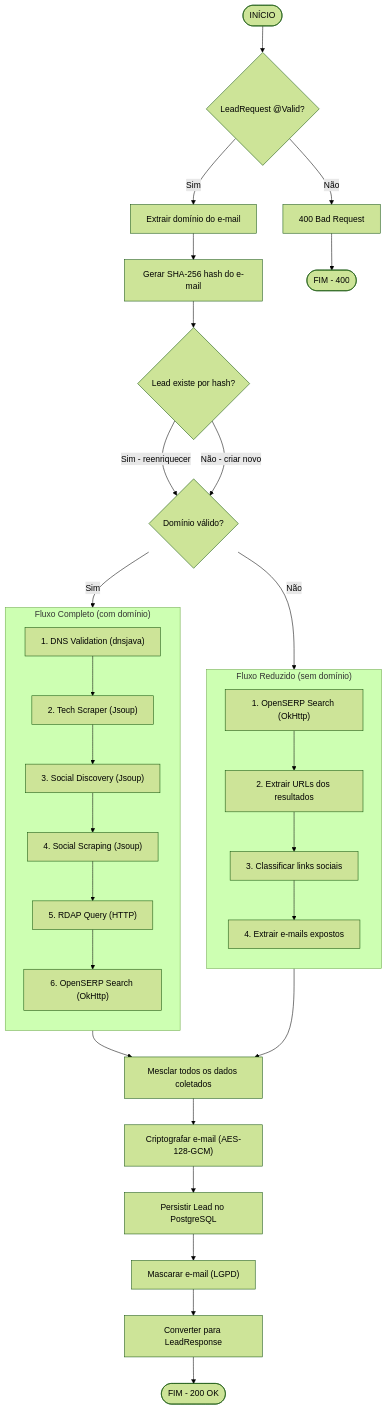
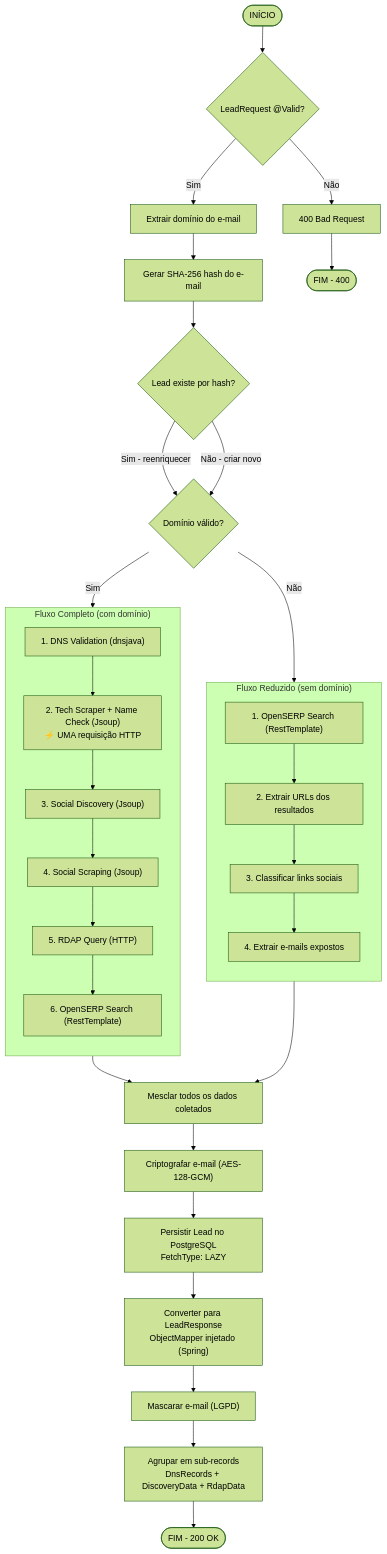
One commit to pdrodavi/lead-enrichment-api changed the second of 4 diagrams in docs/diagrams/mermaid-fluxo-enriquecimento.md. Above: the diagram before and after it, drawn with Mermaid (forest theme). The commit also changed other lines of this file and 32 other files, not shown here.

````diff
--- a/docs/diagrams/mermaid-fluxo-enriquecimento.md
+++ b/docs/diagrams/mermaid-fluxo-enriquecimento.md
@@ -30,42 +30,43 @@
 ```mermaid
 flowchart TD
     START(["INÍCIO"]) --> VALIDATE{"LeadRequest @Valid?"}
     VALIDATE -->|"Não"| BAD_REQUEST["400 Bad Request"]
     VALIDATE -->|"Sim"| EXTRACT_DOMAIN["Extrair domínio do e-mail"]
     
     EXTRACT_DOMAIN --> HASH_EMAIL["Gerar SHA-256 hash do e-mail"]
     HASH_EMAIL --> FIND_EXISTING{"Lead existe por hash?"}
     FIND_EXISTING -->|"Sim - reenriquecer"| DOMAIN_CHECK
     FIND_EXISTING -->|"Não - criar novo"| DOMAIN_CHECK
 
     DOMAIN_CHECK{"Domínio válido?"}
     
     DOMAIN_CHECK -->|"Sim"| FLUXO_COMPLETO
     DOMAIN_CHECK -->|"Não"| FLUXO_OPENSERP
 
     subgraph FLUXO_COMPLETO["Fluxo Completo (com domínio)"]
         direction TB
-        A1["1. DNS Validation (dnsjava)"] --> A2["2. Tech Scraper (Jsoup)"]
+        A1["1. DNS Validation (dnsjava)"] --> A2["2. Tech Scraper + Name Check (Jsoup)<br/>⚡ UMA requisição HTTP"]
         A2 --> A3["3. Social Discovery (Jsoup)"]
         A3 --> A4["4. Social Scraping (Jsoup)"]
         A4 --> A5["5. RDAP Query (HTTP)"]
-        A5 --> A6["6. OpenSERP Search (OkHttp)"]
+        A5 --> A6["6. OpenSERP Search (RestTemplate)"]
     end
 
     subgraph FLUXO_OPENSERP["Fluxo Reduzido (sem domínio)"]
         direction TB
-        B1["1. OpenSERP Search (OkHttp)"] --> B2["2. Extrair URLs dos resultados"]
+        B1["1. OpenSERP Search (RestTemplate)"] --> B2["2. Extrair URLs dos resultados"]
         B2 --> B3["3. Classificar links sociais"]
         B3 --> B4["4. Extrair e-mails expostos"]
     end
 
     FLUXO_COMPLETO --> MERGE
     FLUXO_OPENSERP --> MERGE
 
     MERGE["Mesclar todos os dados coletados"] --> ENCRYPT["Criptografar e-mail (AES-128-GCM)"]
-    ENCRYPT --> PERSIST["Persistir Lead no PostgreSQL"]
-    PERSIST --> MASK["Mascarar e-mail (LGPD)"]
-    MASK --> FORMAT["Converter para LeadResponse"]
-    FORMAT --> SUCCESS(["FIM - 200 OK"])
+    ENCRYPT --> PERSIST["Persistir Lead no PostgreSQL<br/>FetchType: LAZY"]
+    PERSIST --> FORMAT_RESP["Converter para LeadResponse<br/>ObjectMapper injetado (Spring)"]
+    FORMAT_RESP --> MASK["Mascarar e-mail (LGPD)"]
+    MASK --> MAPPING["Agrupar em sub-records<br/>DnsRecords + DiscoveryData + RdapData"]
+    MAPPING --> SUCCESS(["FIM - 200 OK"])
     BAD_REQUEST --> FAIL(["FIM - 400"])
 ```
````
